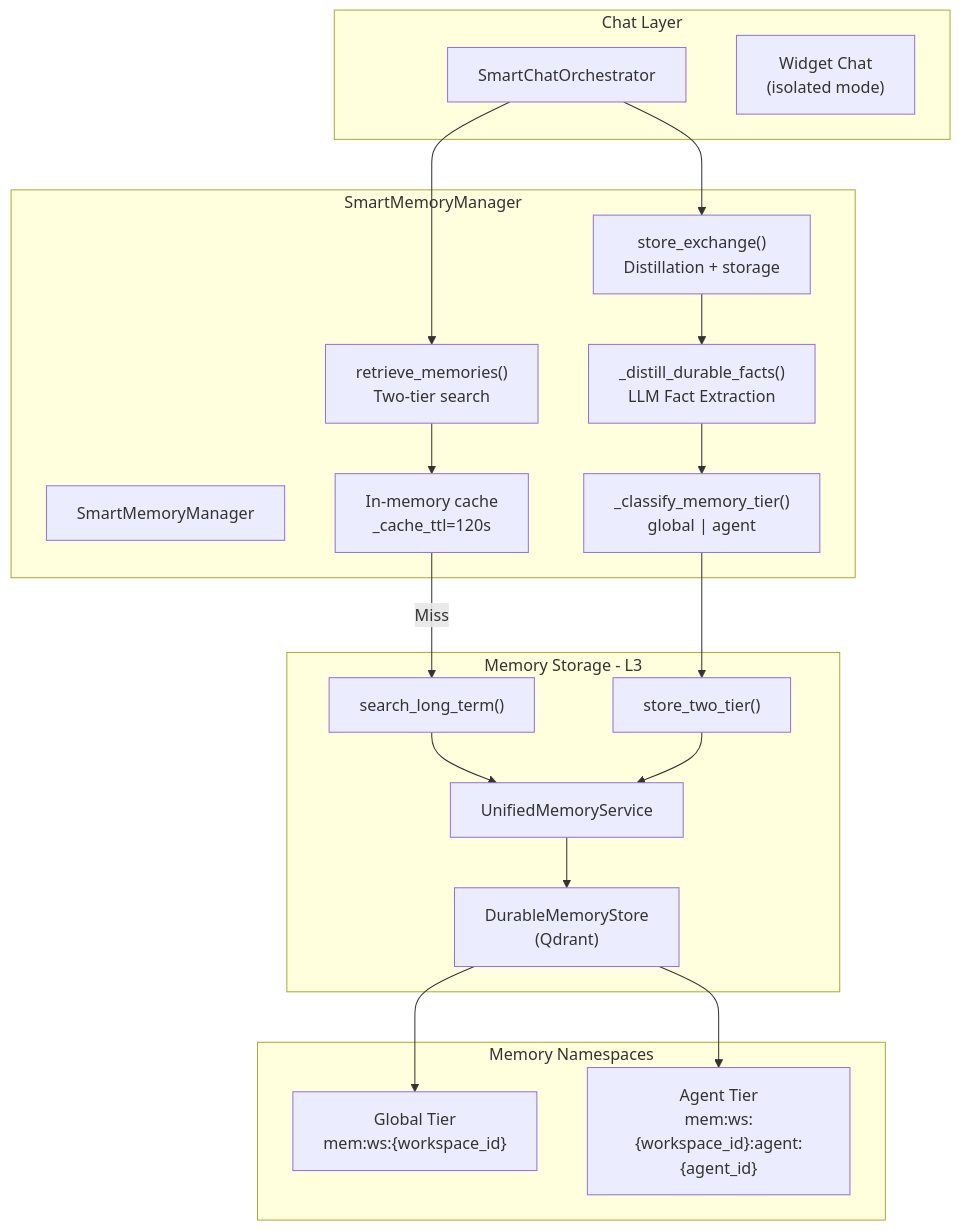
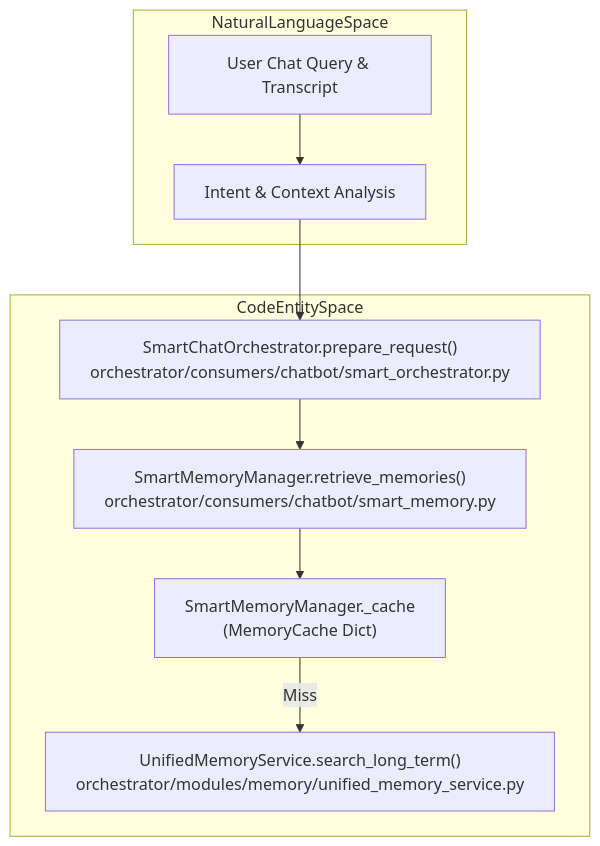
Before and after one commit to AutomatosAI/automatos-ai: the first of 2 diagrams in docs/memory-system/smartmemorymanager.md, drawn with Mermaid. The commit also changed other lines of this file and 188 other files, not shown here.

First line of the commit message:
docs: refresh architecture docs and add coverage for new subsystems (#1416)

````diff
--- a/docs/memory-system/smartmemorymanager.md
+++ b/docs/memory-system/smartmemorymanager.md
@@ -49,46 +47,20 @@
 ```mermaid
 graph TB
-    subgraph "Chat Layer"
-        SmartOrchestrator["SmartChatOrchestrator"]
-        WidgetChat["Widget Chat<br/>(isolated mode)"]
+    subgraph NaturalLanguageSpace["NaturalLanguageSpace"]
+        UserQuery[""User Chat Query & Transcript""]
+        ChatIntent[""Intent & Context Analysis""]
     end
-    
-    subgraph "SmartMemoryManager"
-        SMM["SmartMemoryManager"]
-        RetrieveMemories["retrieve_memories()<br/>Two-tier search"]
-        StoreExchange["store_exchange()<br/>Distillation + storage"]
-        Distill["_distill_durable_facts()<br/>LLM Fact Extraction"]
-        ClassifyTier["_classify_memory_tier()<br/>global | agent"]
-        Cache["In-memory cache<br/>_cache_ttl=120s"]
+
+    subgraph CodeEntitySpace["CodeEntitySpace"]
+        SOC["SmartChatOrchestrator.prepare_request()<br/>orchestrator/consumers/chatbot/smart_orchestrator.py"]
+        SMM["SmartMemoryManager.retrieve_memories()<br/>orchestrator/consumers/chatbot/smart_memory.py"]
+        Cache["SmartMemoryManager._cache<br/>(MemoryCache Dict)"]
+        UMS["UnifiedMemoryService.search_long_term()<br/>orchestrator/modules/memory/unified_memory_service.py"]
     end
-    
-    subgraph "Memory Storage - L3"
-        UnifiedMemory["UnifiedMemoryService"]
-        SearchLT["search_long_term()"]
-        StoreTwoTier["store_two_tier()"]
-        DurableStore["DurableMemoryStore<br/>(Qdrant)"]
-    end
-    
-    subgraph "Memory Namespaces"
-        GlobalNS["Global Tier<br/>mem:ws:{workspace_id}"]
-        AgentNS["Agent Tier<br/>mem:ws:{workspace_id}:agent:{agent_id}"]
-    end
-    
-    SmartOrchestrator --> RetrieveMemories
-    SmartOrchestrator --> StoreExchange
-    
-    RetrieveMemories --> Cache
-    Cache -->|Miss| SearchLT
-    
-    StoreExchange --> Distill
-    Distill --> ClassifyTier
-    ClassifyTier --> StoreTwoTier
-    
-    SearchLT --> UnifiedMemory
-    StoreTwoTier --> UnifiedMemory
-    
-    UnifiedMemory --> DurableStore
-    
-    DurableStore --> GlobalNS
-    DurableStore --> AgentNS
+
+    UserQuery --> ChatIntent
+    ChatIntent --> SOC
+    SOC --> SMM
+    SMM --> Cache
+    Cache -->|Miss| UMS
 ```
````
